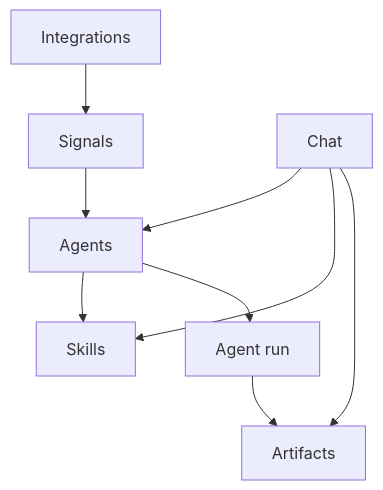
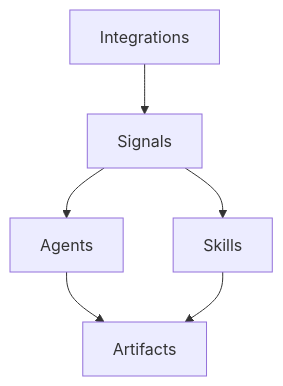
One commit to CoraHQ/docs changed the diagram in getting-started/core-concepts.mdx. Above: the diagram before and after it, drawn with Mermaid. The commit also changed other lines of this file, not shown here.

Commit message:
Redraw How they connect as Integrations, Signals, sibling Agents and Skills, then Artifacts.
Keep Chat and Slack off the figure; a caption covers on-demand use so the diagram stays product nouns only.

````diff
--- a/getting-started/core-concepts.mdx
+++ b/getting-started/core-concepts.mdx
@@ -33,11 +31,8 @@
 ```mermaid
 flowchart TB
   integrations[Integrations] --> signals[Signals]
   signals --> agents[Agents]
-  chat[Chat] --> agents
-  chat --> skills[Skills]
-  agents --> skills
-  agents --> agentRun["Agent run"]
-  chat --> artifacts[Artifacts]
-  agentRun --> artifacts
+  signals --> skills[Skills]
+  agents --> artifacts[Artifacts]
+  skills --> artifacts
 ```
````
